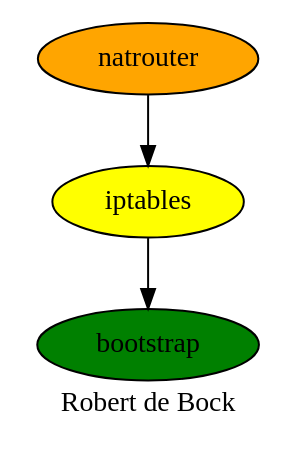
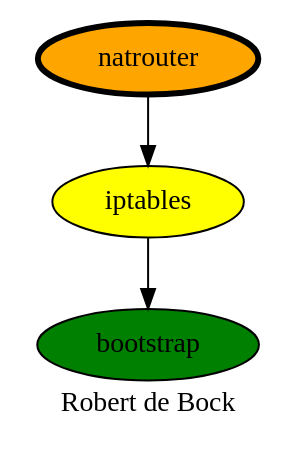
One commit to robertdebock/robertdebock.github.io changed the diagram in natrouter.dot. Above: the diagram before and after it, drawn with Graphviz. The commit also changed 24 other files, not shown here.

```diff
--- a/natrouter.dot
+++ b/natrouter.dot
@@ -1,11 +1,11 @@
 digraph PhiloDilemma {
   label = "Robert de Bock" ;
   overlap=false
   {
     bootstrap [fillcolor=green style=filled]
     iptables [fillcolor=yellow style=filled]
-    natrouter [fillcolor=orange style=filled]
+    natrouter [fillcolor=orange style=filled penwidth=3]
   }
   iptables -> bootstrap
   natrouter -> iptables
 }
```
